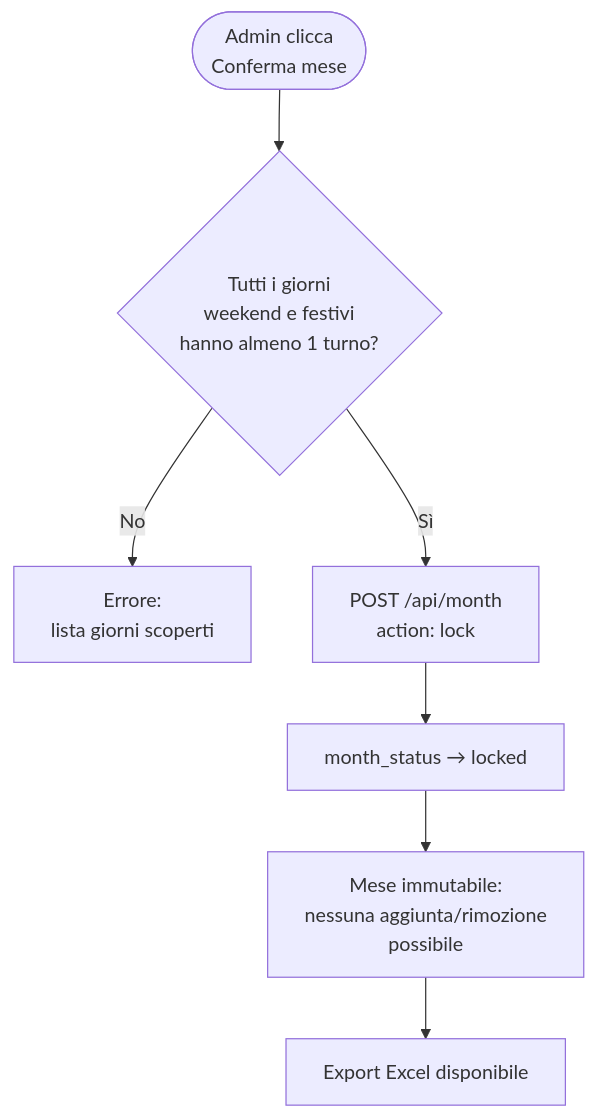
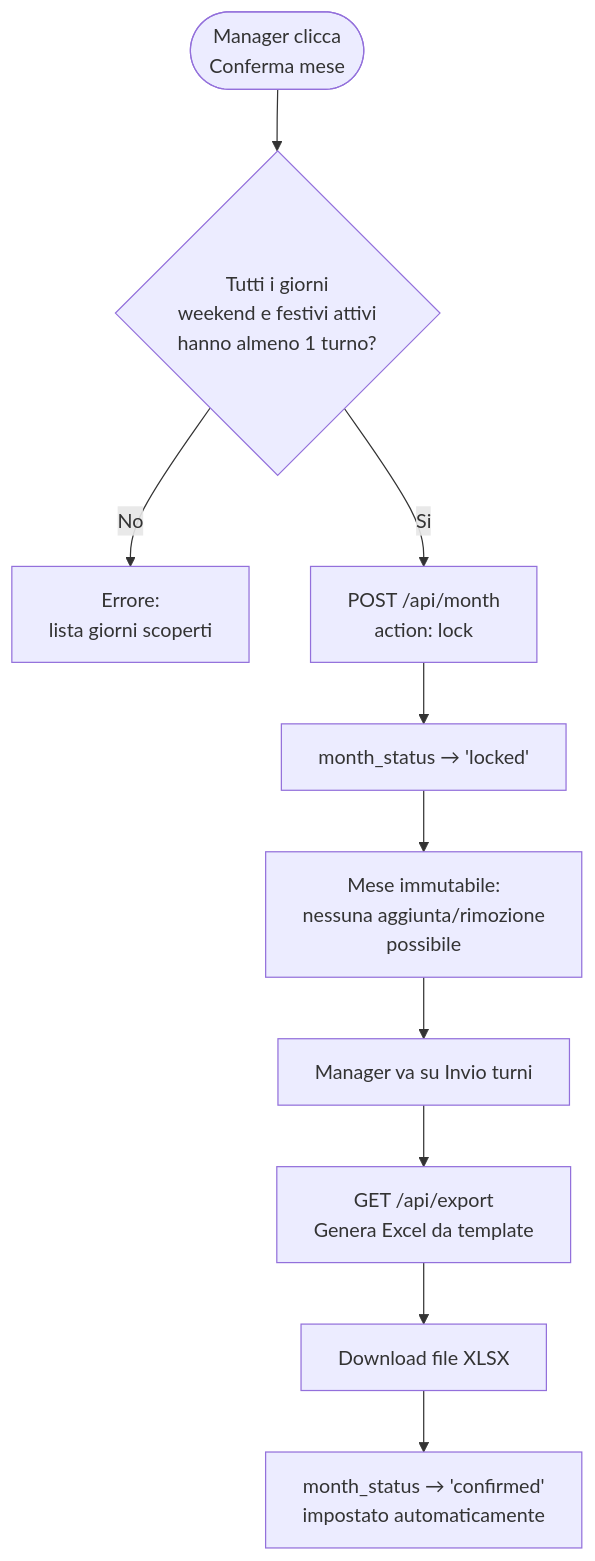
Before and after one commit to mrbenza/Turnify: the fifth of 5 diagrams in docs/LOGICA_TURNI.md, drawn with Mermaid. The commit also changed other lines of this file and 36 other files, not shown here.

````diff
--- a/docs/LOGICA_TURNI.md
+++ b/docs/LOGICA_TURNI.md
@@ -163,11 +166,15 @@
 ```mermaid
 flowchart TD
-    A([Admin clicca\nConferma mese]) --> B{Tutti i giorni\nweekend e festivi\nhanno almeno 1 turno?}
+    A([Manager clicca\nConferma mese]) --> B{Tutti i giorni\nweekend e festivi attivi\nhanno almeno 1 turno?}
 
     B -- No --> C[Errore:\nlista giorni scoperti]
-    B -- Sì --> D[POST /api/month\naction: lock]
+    B -- Si --> D[POST /api/month\naction: lock]
 
-    D --> E[month_status → locked]
+    D --> E[month_status → 'locked']
     E --> F[Mese immutabile:\nnessuna aggiunta/rimozione\npossibile]
-    F --> G[Export Excel disponibile]
+    F --> G[Manager va su Invio turni]
+
+    G --> H[GET /api/export\nGenera Excel da template]
+    H --> I[Download file XLSX]
+    I --> J[month_status → 'confirmed'\nimpostato automaticamente]
 ```
````
